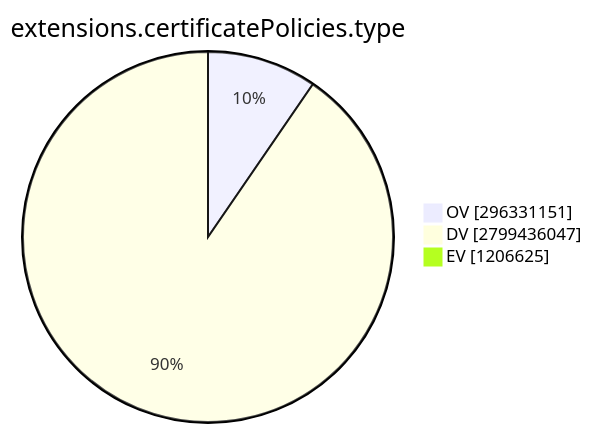
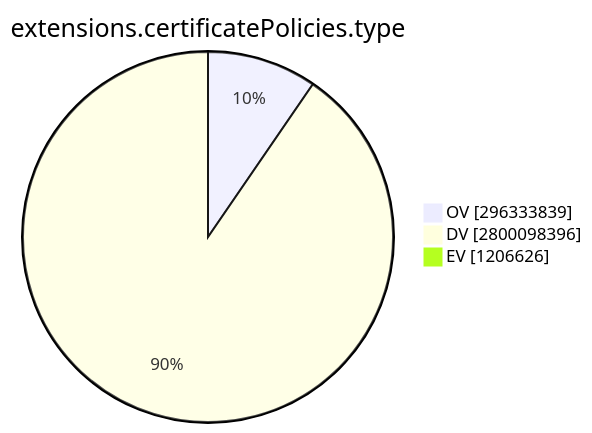
Before and after one commit to christiankrug/ctmonitor_visualization: the ninth of 15 diagrams in TOTAL/README.md, drawn with Mermaid. The commit also changed other lines of this file, not shown here.

````diff
--- a/TOTAL/README.md
+++ b/TOTAL/README.md
@@ -3099,7 +3099,7 @@
 ```mermaid
 pie showData
 title extensions.certificatePolicies.type
-"OV" :296331151
-"DV" :2799436047
-"EV" :1206625
+"OV" :296333839
+"DV" :2800098396
+"EV" :1206626
 ```
````
